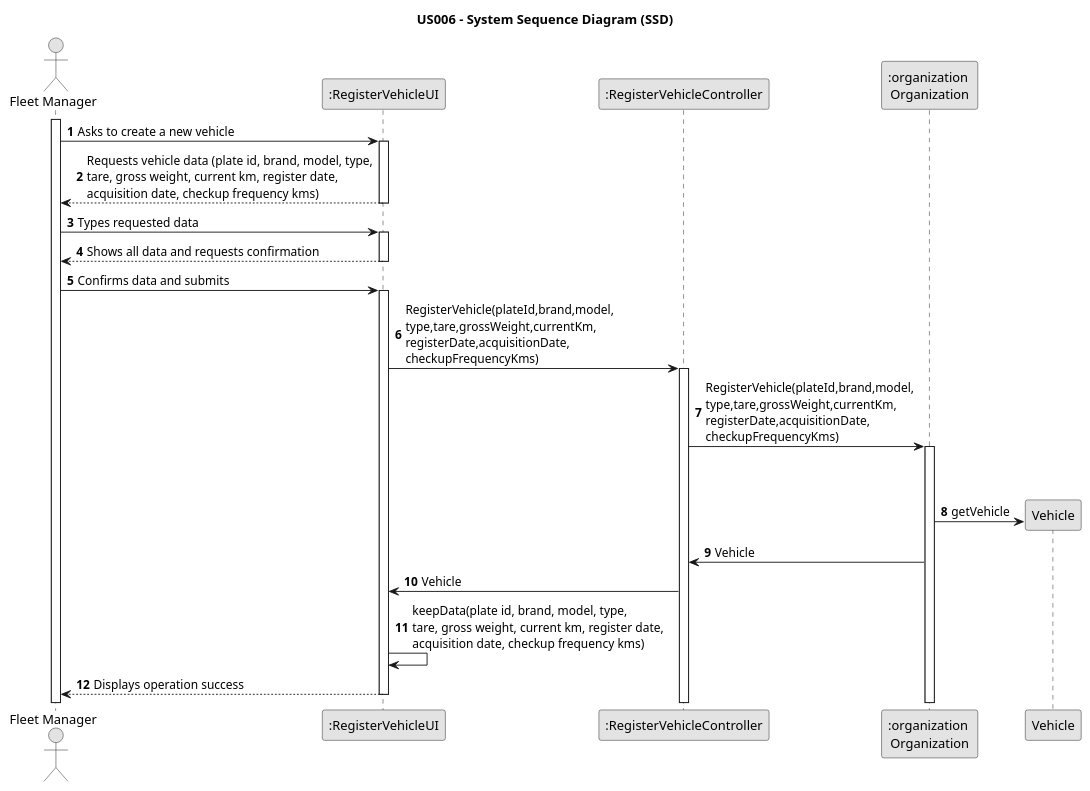
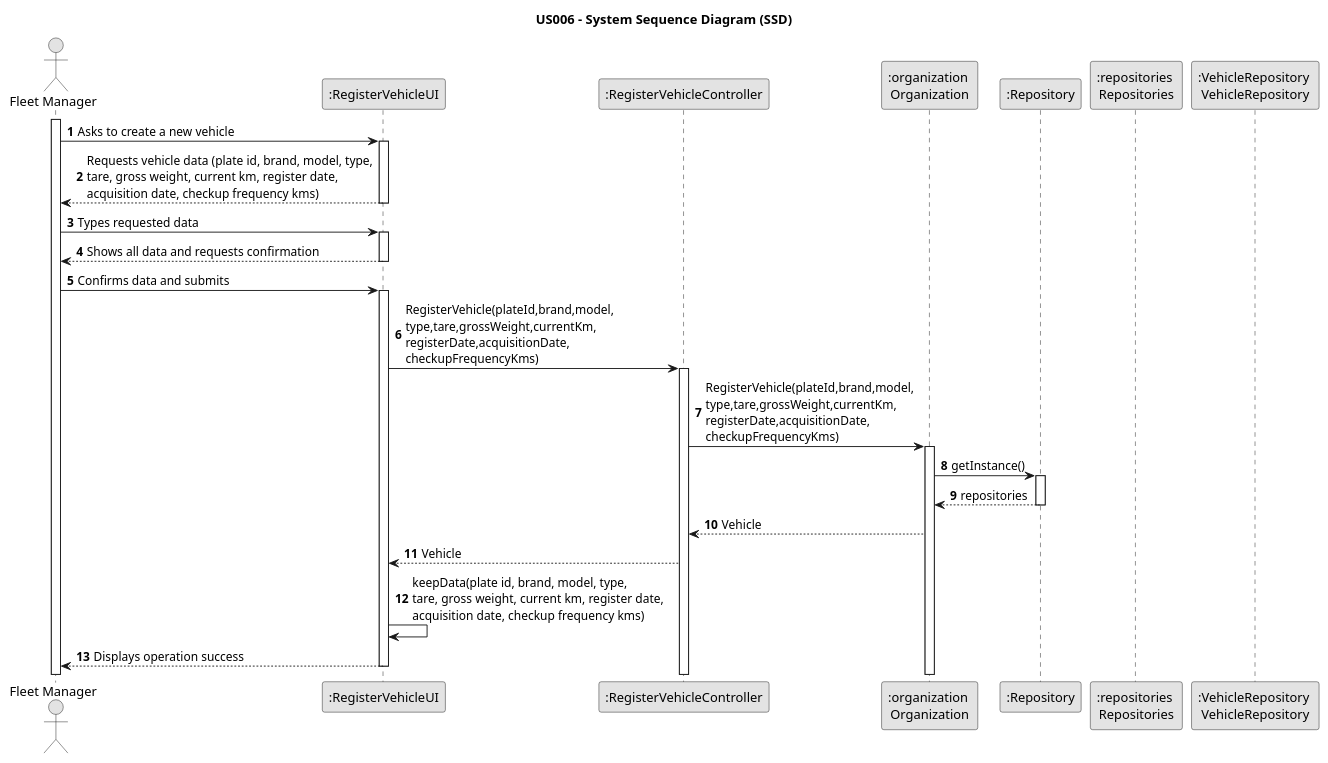
The diagram in docs/sprintB/us006/03.design/puml/us006-system-sequence-diagram.puml (Rui-San/LAPR2_2023_2024), drawn with PlantUML before and after one commit.

Commit message:
US006: SSD - added repositories

```diff
--- a/docs/sprintB/us006/03.design/puml/us006-system-sequence-diagram.puml
+++ b/docs/sprintB/us006/03.design/puml/us006-system-sequence-diagram.puml
@@ -1,48 +1,61 @@
 @startuml
 skinparam monochrome true
 skinparam packageStyle rectangle
 skinparam shadowing false
 
 title US006 - System Sequence Diagram (SSD)
 
 autonumber
 
 actor "Fleet Manager" as Employee
 participant ":RegisterVehicleUI" as System
 participant ":RegisterVehicleController" as CTRL
 participant ":organization \nOrganization" as ORG
+participant ":Repository" as REP
+participant ":repositories \nRepositories" as REPS
+participant ":VehicleRepository \nVehicleRepository" as SR
 
 activate Employee
 
     Employee -> System : Asks to create a new vehicle
     activate System
 
 System --> Employee : Requests vehicle data (plate id, brand, model, type,\ntare, gross weight, current km, register date,\nacquisition date, checkup frequency kms)
     deactivate System
 
 
     Employee -> System : Types requested data
     activate System
 
         System --> Employee : Shows all data and requests confirmation
     deactivate System
 
     Employee -> System : Confirms data and submits
     activate System
         System->CTRL :RegisterVehicle(plateId,brand,model,\ntype,tare,grossWeight,currentKm,\nregisterDate,acquisitionDate,\ncheckupFrequencyKms)
         activate CTRL
             CTRL->ORG :RegisterVehicle(plateId,brand,model,\ntype,tare,grossWeight,currentKm,\nregisterDate,acquisitionDate,\ncheckupFrequencyKms)
-            |||
-            |||
             activate ORG
-               ORG->Vehicle**: getVehicle
-            ORG->CTRL: Vehicle
-            CTRL->System: Vehicle
+
+            ORG->REP: getInstance()
+
+            activate REP
+
+            REP-->ORG: repositories
+
+            deactivate REP
+
+
+            ORG-->CTRL: Vehicle
+
+            CTRL-->System: Vehicle
+
             System->System: keepData(plate id, brand, model, type,\ntare, gross weight, current km, register date,\nacquisition date, checkup frequency kms)
+
         System --> Employee : Displays operation success
     deactivate System
 
 
 
 
 @enduml
```
